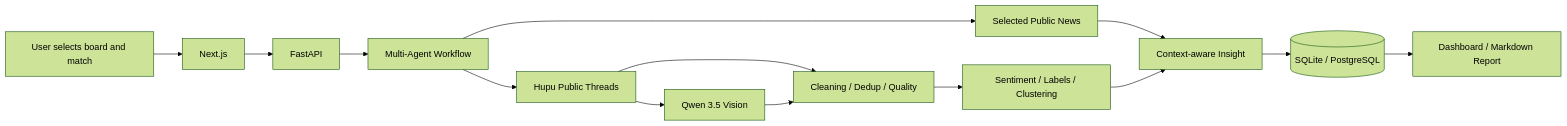
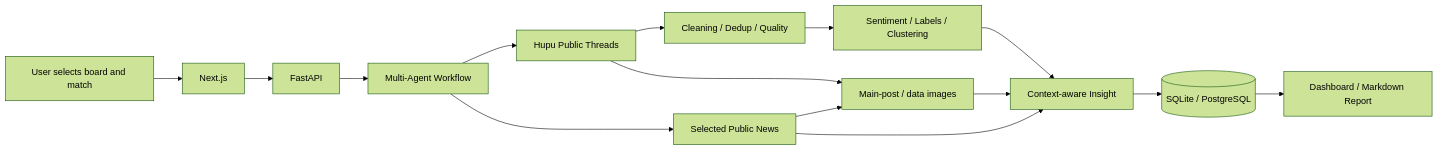
The first of 2 diagrams in README.md (onlykillerf/comment-insight-agent), drawn with Mermaid (forest theme) before and after one commit. The commit also changed other lines of this file and 34 other files, not shown here.

````diff
--- a/README.md
+++ b/README.md
@@ -60,16 +61,17 @@
 ```mermaid
 flowchart LR
   User[User selects board and match] --> UI[Next.js]
   UI --> API[FastAPI]
   API --> Flow[Multi-Agent Workflow]
   Flow --> Hupu[Hupu Public Threads]
   Flow --> News[Selected Public News]
   Hupu --> Quality[Cleaning / Dedup / Quality]
-  Hupu --> Vision[Qwen 3.5 Vision]
-  Vision --> Quality
+  Hupu --> Vision[Main-post / data images]
+  News --> Vision
+  Vision --> Insight
   Quality --> Analysis[Sentiment / Labels / Clustering]
   News --> Insight[Context-aware Insight]
   Analysis --> Insight
   Insight --> DB[(SQLite / PostgreSQL)]
   DB --> Report[Dashboard / Markdown Report]
 ```
````
